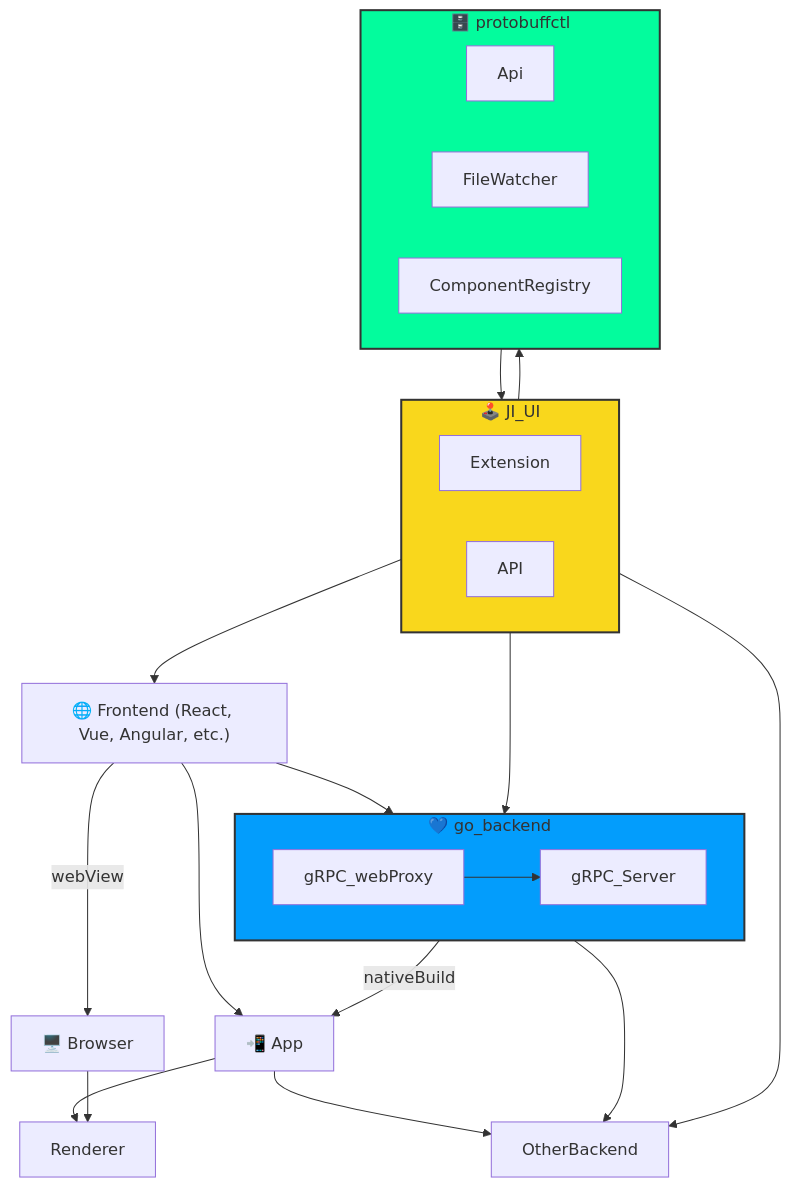
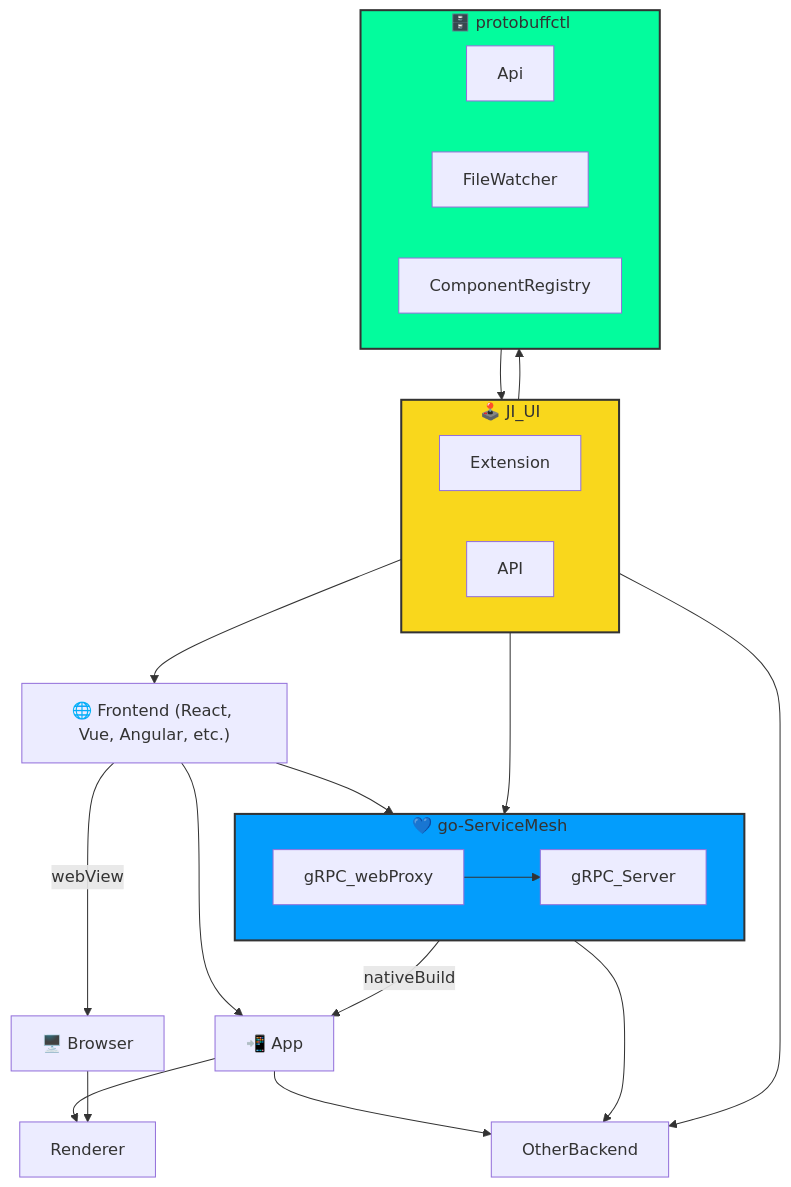
Before and after one commit to ji-podhead/ji_ui: the diagram in README.md, drawn with Mermaid.

````diff
--- a/README.md
+++ b/README.md
@@ -83,38 +83,38 @@
 ```mermaid
 graph TD;
     Frontend["🌐 Frontend (React, Vue, Angular, etc.)"] --> go_backend;
     Frontend -->|webView| webView[🖥️ Browser]
     go_backend -->|nativeBuild| nativeBuild[📲 App]
 	nativeBuild--> Renderer;
 	webView-->Renderer;
     Frontend-->nativeBuild;
     nativeBuild-->OtherBackend;
     go_backend --> OtherBackend;
     
     JI_UI --> go_backend;
     JI_UI --> protobuffctl;
     protobuffctl --> JI_UI;
     JI_UI --> Frontend;
     JI_UI --> OtherBackend;
     
-    subgraph go_backend [💙 go_backend]
+    subgraph go_backend [💙 go-ServiceMesh]
         gRPC_webProxy --> gRPC_Server;
         gRPC_Server;
     end
 	subgraph JI_UI [🕹️ JI_UI]
 Extension;
 API;
 end
 
     subgraph protobuffctl [🗄️ protobuffctl]
         Api;
         FileWatcher;
         ComponentRegistry;
         FileWatcher;
     end
 
     style JI_UI fill:#f9d71c,stroke:#333,stroke-width:2px
     style go_backend fill:#039dfc,stroke:#333,stroke-width:2px
     style protobuffctl fill:#03fc9d,stroke:#333,stroke-width:2px
 
 ```
````
